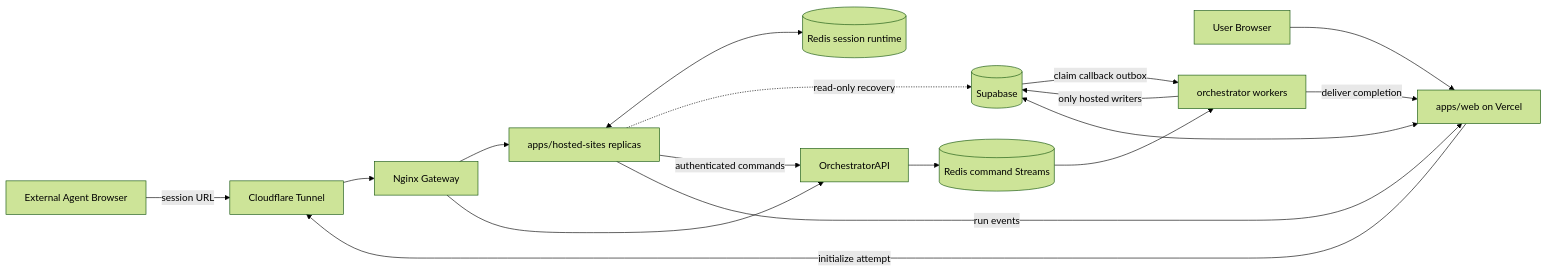
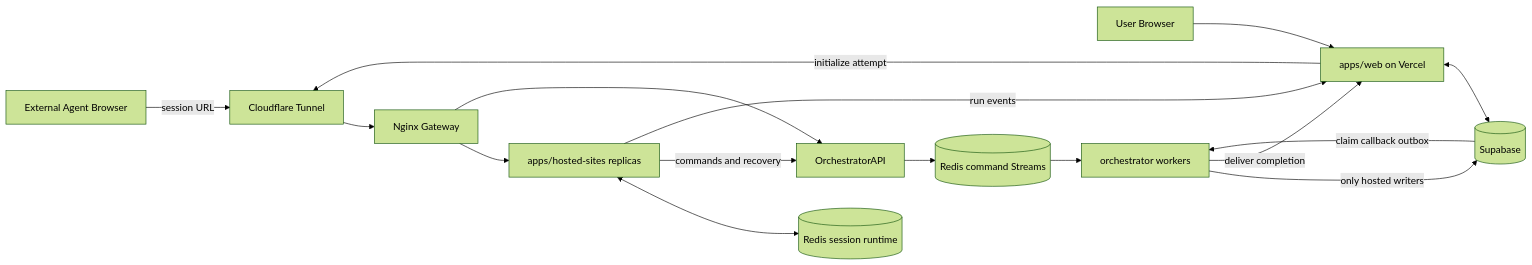
Before and after one commit to Kaiwen0418/agent-benchmark: the diagram in docs/architecture.md, drawn with Mermaid (forest theme). The commit also changed other lines of this file and 23 other files, not shown here.

Commit message:
feat(architecture): enforce hosted database ownership

````diff
--- a/docs/architecture.md
+++ b/docs/architecture.md
@@ -7,19 +7,18 @@
 ```mermaid
 flowchart LR
   Agent["External Agent Browser"] -->|"session URL"| Edge["Cloudflare Tunnel"]
   User["User Browser"] --> Web["apps/web on Vercel"]
   Web -->|"initialize attempt"| Edge
   Edge --> Gateway["Nginx Gateway"]
   Gateway --> Sites["apps/hosted-sites replicas"]
   Gateway --> OrchestratorAPI
   Sites <--> SessionRedis[("Redis session runtime")]
   Web <--> DB[("Supabase")]
-  Sites -.->|"read-only recovery"| DB
-  Sites -->|"authenticated commands"| OrchestratorAPI
+  Sites -->|"commands and recovery"| OrchestratorAPI
   OrchestratorAPI --> Streams[("Redis command Streams")]
   Streams --> Workers["orchestrator workers"]
   Workers -->|"only hosted writers"| DB
   Sites -->|"run events"| Web
   DB -->|"claim callback outbox"| Workers
   Workers -->|"deliver completion"| Web
 ```
````
